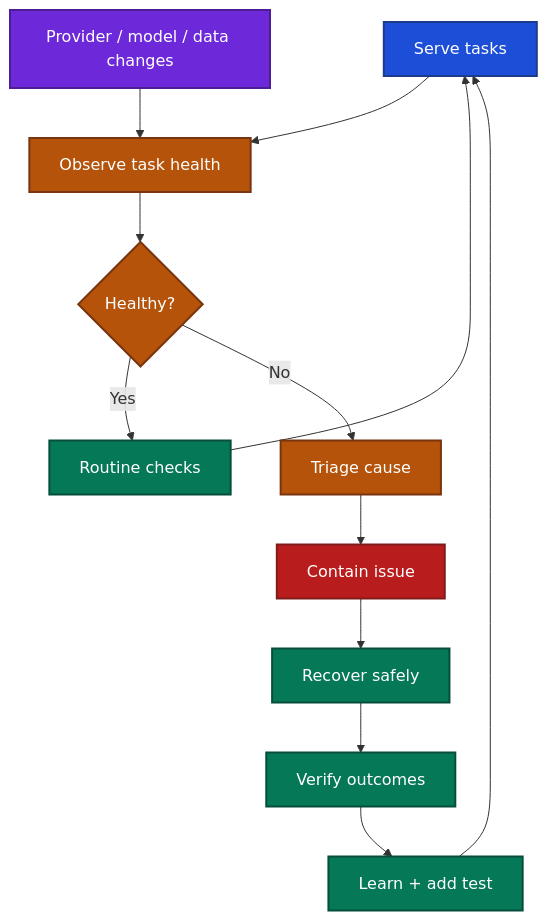
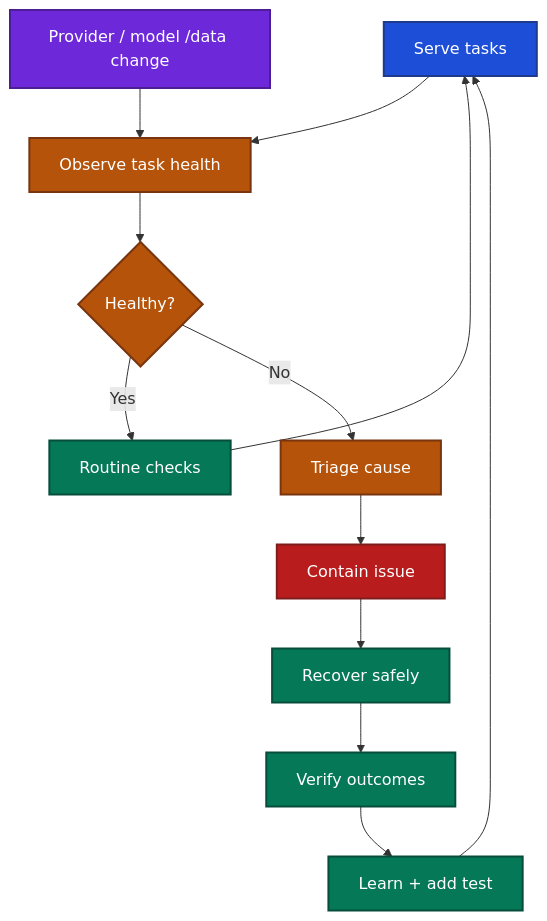
Before and after one commit to FinanceFlash/unvibecode: the first of 3 diagrams in AI Engineering Cheatsheet/AI system design/AI_OPERATIONS_IMPLEMENTATION_GUIDE.md, drawn with Mermaid.

````diff
--- a/AI Engineering Cheatsheet/AI system design/AI_OPERATIONS_IMPLEMENTATION_GUIDE.md
+++ b/AI Engineering Cheatsheet/AI system design/AI_OPERATIONS_IMPLEMENTATION_GUIDE.md
@@ -18,29 +18,29 @@
 ```mermaid
 flowchart TD
     A["Serve tasks"] --> B["Observe task health"]
     B --> C{"Healthy?"}
 
     C -->|Yes| D["Routine checks"]
     D --> A
 
     C -->|No| E["Triage cause"]
     E --> F["Contain issue"]
     F --> G["Recover safely"]
     G --> H["Verify outcomes"]
     H --> I["Learn + add test"]
     I --> A
 
-    J["Provider / model / data changes"] --> B
+    J["Provider / model /data change"] --> B
 
     classDef live fill:#1d4ed8,stroke:#1e3a8a,stroke-width:2px,color:#ffffff;
     classDef inspect fill:#b45309,stroke:#78350f,stroke-width:2px,color:#ffffff;
     classDef danger fill:#b91c1c,stroke:#7f1d1d,stroke-width:2px,color:#ffffff;
     classDef safe fill:#047857,stroke:#064e3b,stroke-width:2px,color:#ffffff;
     classDef external fill:#6d28d9,stroke:#4c1d95,stroke-width:2px,color:#ffffff;
 
     class A live;
     class B,C,E inspect;
     class F danger;
     class D,G,H,I safe;
     class J external;
 ```
````
